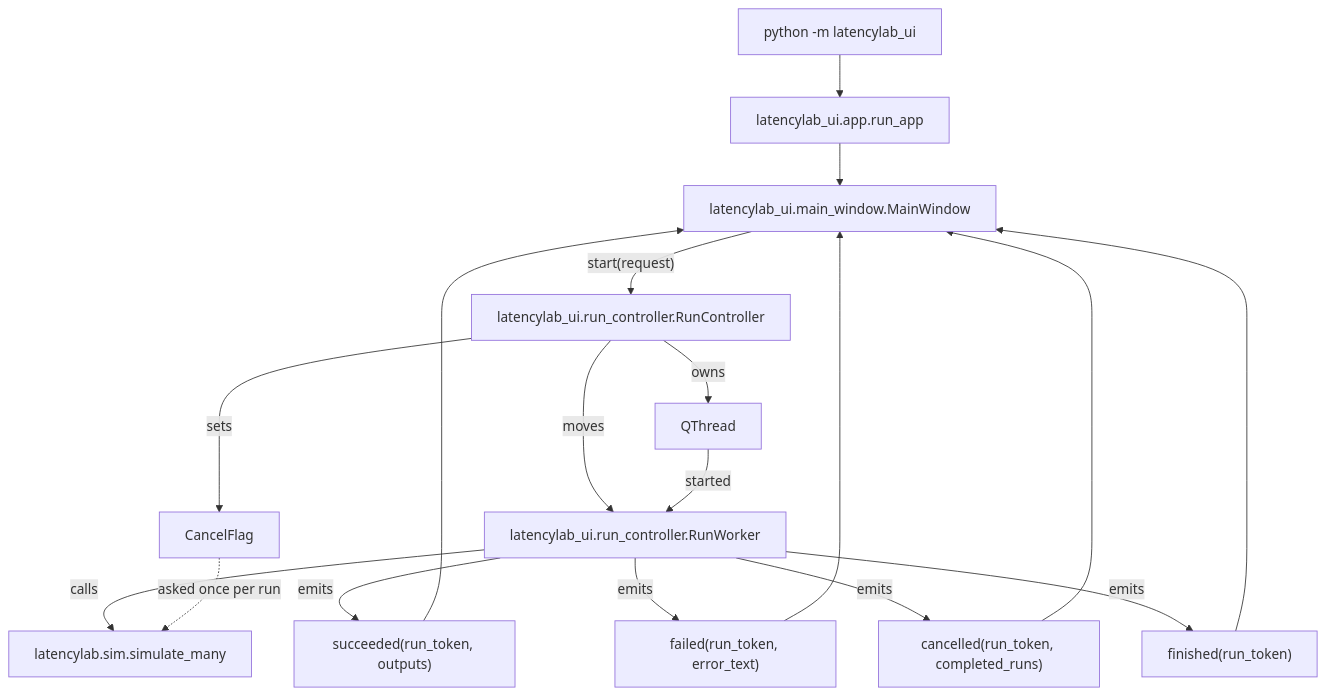
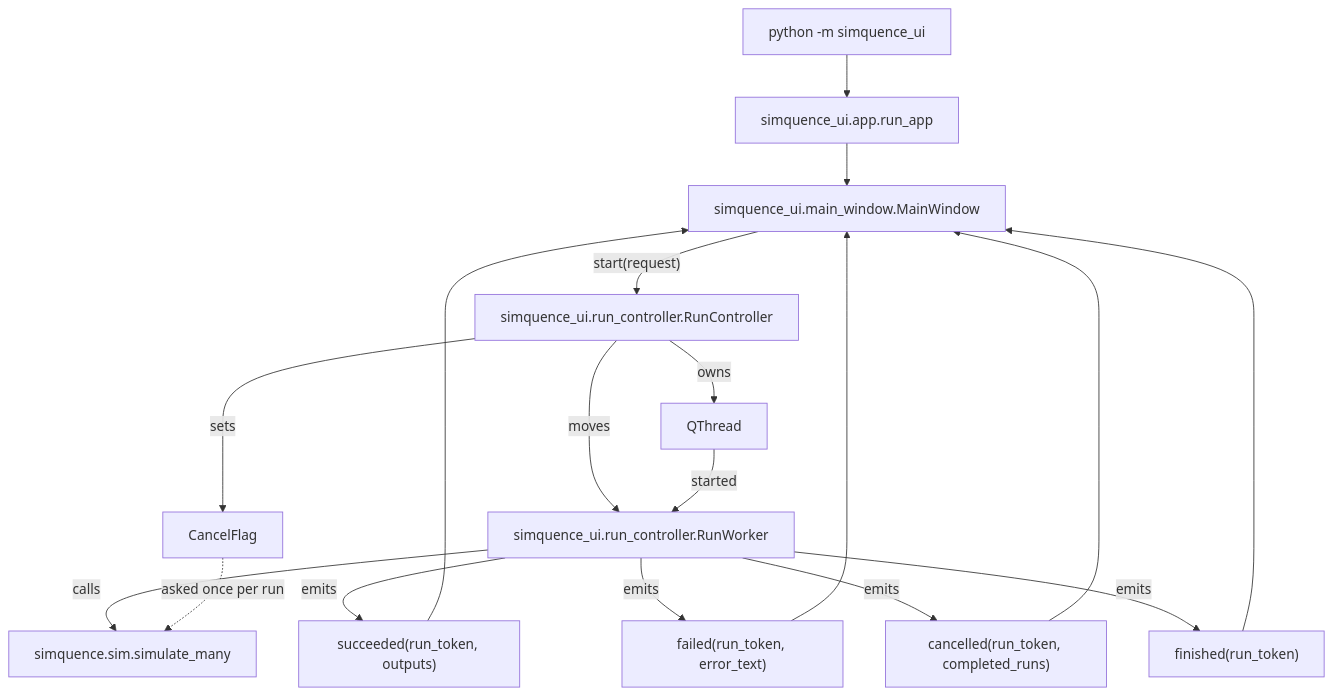
Before and after one commit to oernster/Simquence: the second of 3 diagrams in ARCHITECTURE.md, drawn with Mermaid. The commit also changed other lines of this file and 292 other files, not shown here.

````diff
--- a/ARCHITECTURE.md
+++ b/ARCHITECTURE.md
@@ -163,23 +163,23 @@
 ```mermaid
 flowchart TD
-  UIEntry[python -m latencylab_ui] --> App[latencylab_ui.app.run_app]
-  App --> MW[latencylab_ui.main_window.MainWindow]
+  UIEntry[python -m simquence_ui] --> App[simquence_ui.app.run_app]
+  App --> MW[simquence_ui.main_window.MainWindow]
 
-  MW -->|"start(request)"| RC[latencylab_ui.run_controller.RunController]
+  MW -->|"start(request)"| RC[simquence_ui.run_controller.RunController]
   RC -->|owns| QT[QThread]
-  RC -->|moves| RW[latencylab_ui.run_controller.RunWorker]
+  RC -->|moves| RW[simquence_ui.run_controller.RunWorker]
   RC -->|"sets"| CF[CancelFlag]
 
   QT -->|started| RW
-  RW -->|calls| CoreSim[latencylab.sim.simulate_many]
+  RW -->|calls| CoreSim[simquence.sim.simulate_many]
   CF -.->|"asked once per run"| CoreSim
   RW -->|emits| SigOK["succeeded(run_token, outputs)"]
   RW -->|emits| SigFail["failed(run_token, error_text)"]
   RW -->|emits| SigCancel["cancelled(run_token, completed_runs)"]
   RW -->|emits| SigDone["finished(run_token)"]
 
   SigOK --> MW
   SigFail --> MW
   SigCancel --> MW
   SigDone --> MW
 ```
````
